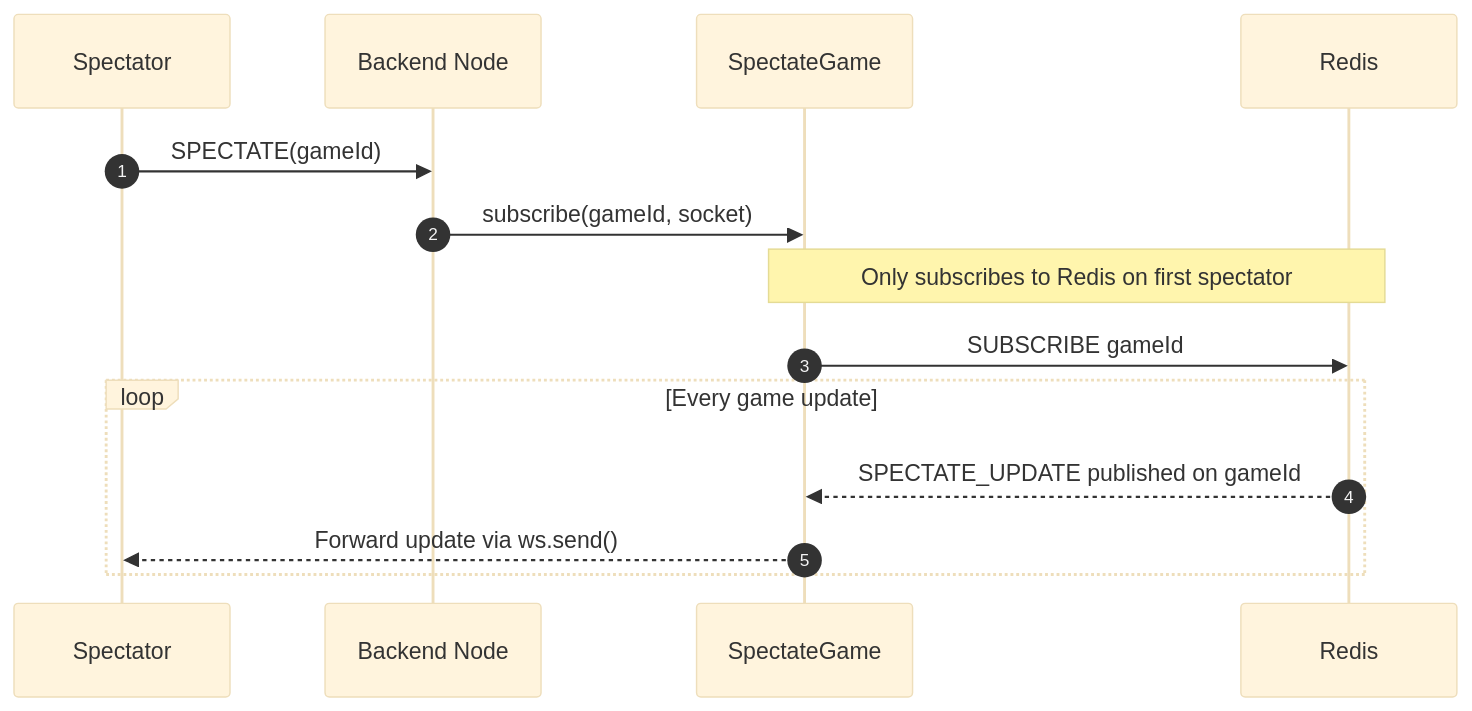
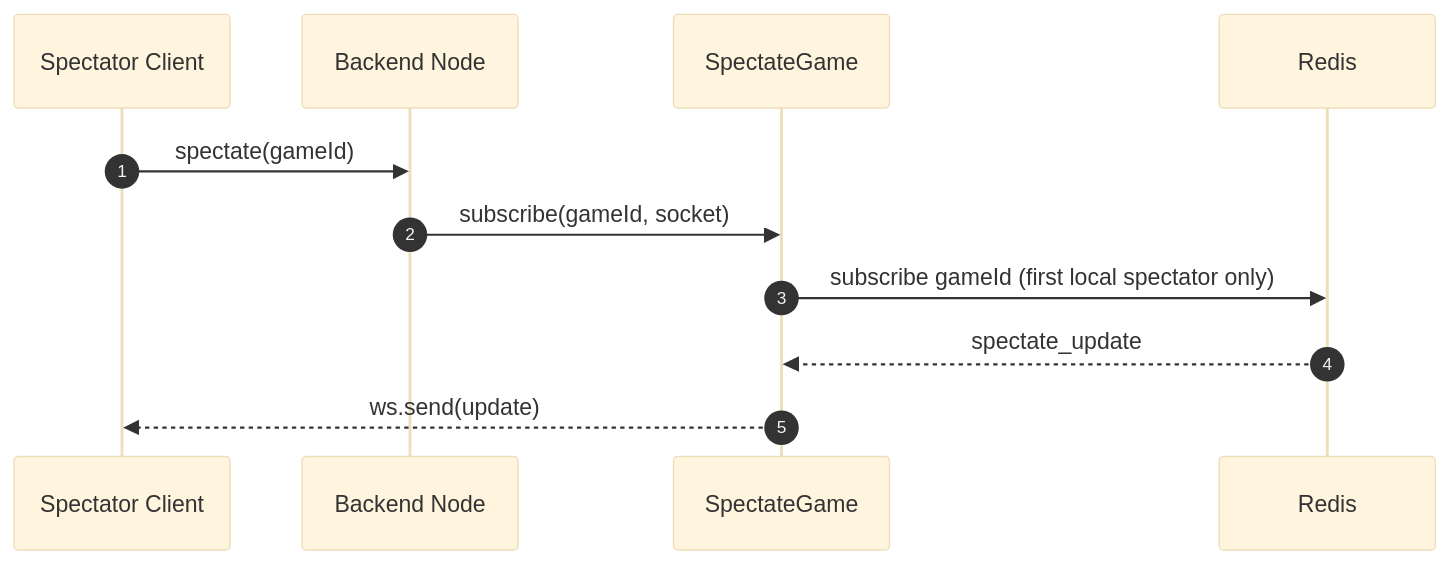
Before and after one commit to the-akemsingh/Chess: the fifth of 5 diagrams in README.md, drawn with Mermaid (base theme). The commit also changed other lines of this file, not shown here.

````diff
--- a/README.md
+++ b/README.md
@@ -158,18 +145,14 @@
 ```mermaid
 sequenceDiagram
-    autonumber
-    participant S  as Spectator
-    participant B  as Backend Node
-    participant SG as SpectateGame
-    participant R  as Redis
+        autonumber
+        participant C as Spectator Client
+        participant N as Backend Node
+        participant SG as SpectateGame
+        participant R as Redis
 
-    S->>B: SPECTATE(gameId)
-    B->>SG: subscribe(gameId, socket)
-    Note over SG,R: Only subscribes to Redis on first spectator
-    SG->>R: SUBSCRIBE gameId
-
-    loop Every game update
-        R-->>SG: SPECTATE_UPDATE published on gameId
-        SG-->>S: Forward update via ws.send()
-    end
+        C->>N: spectate(gameId)
+        N->>SG: subscribe(gameId, socket)
+        SG->>R: subscribe gameId (first local spectator only)
+        R-->>SG: spectate_update
+        SG-->>C: ws.send(update)
 ```
````
